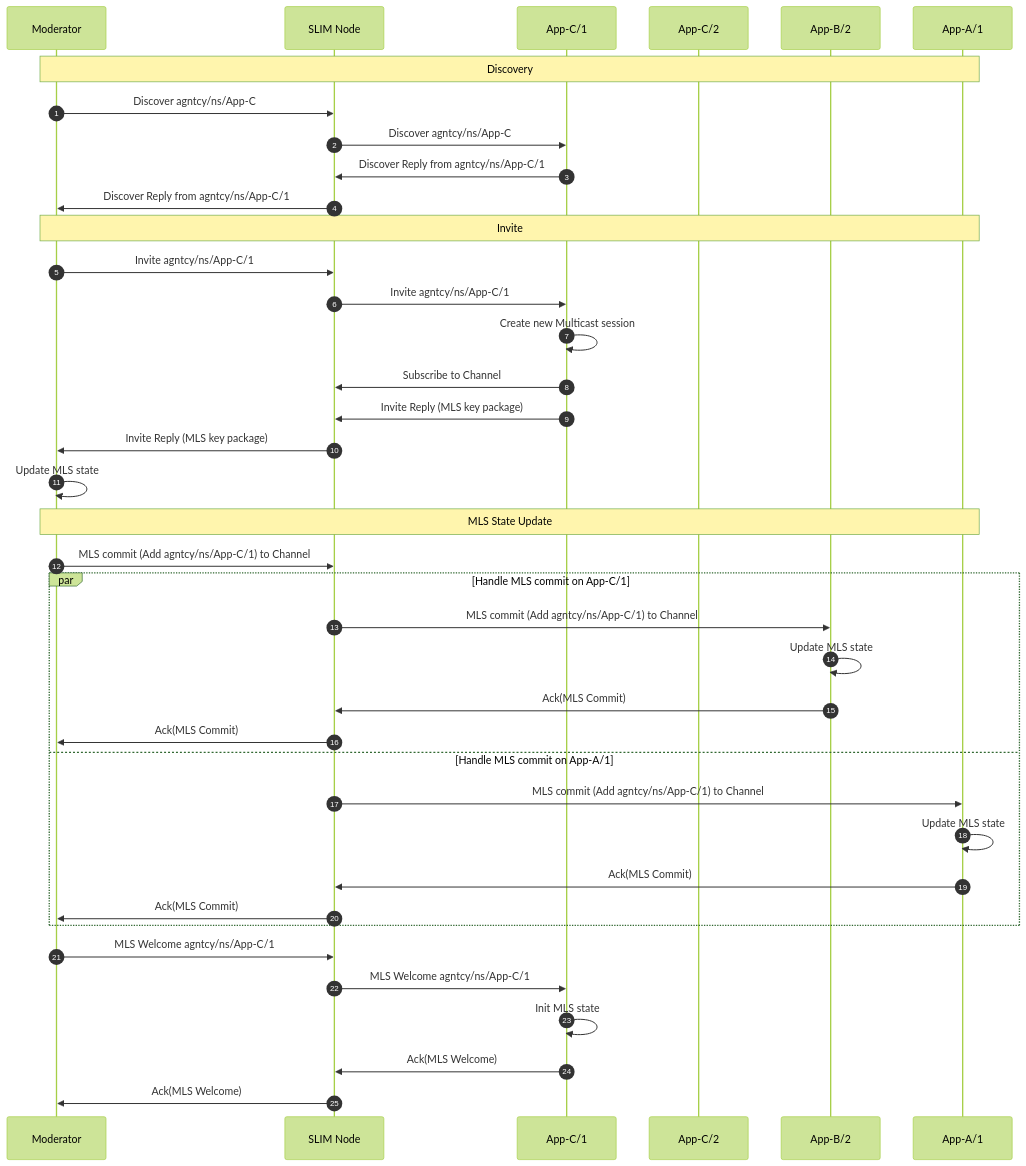
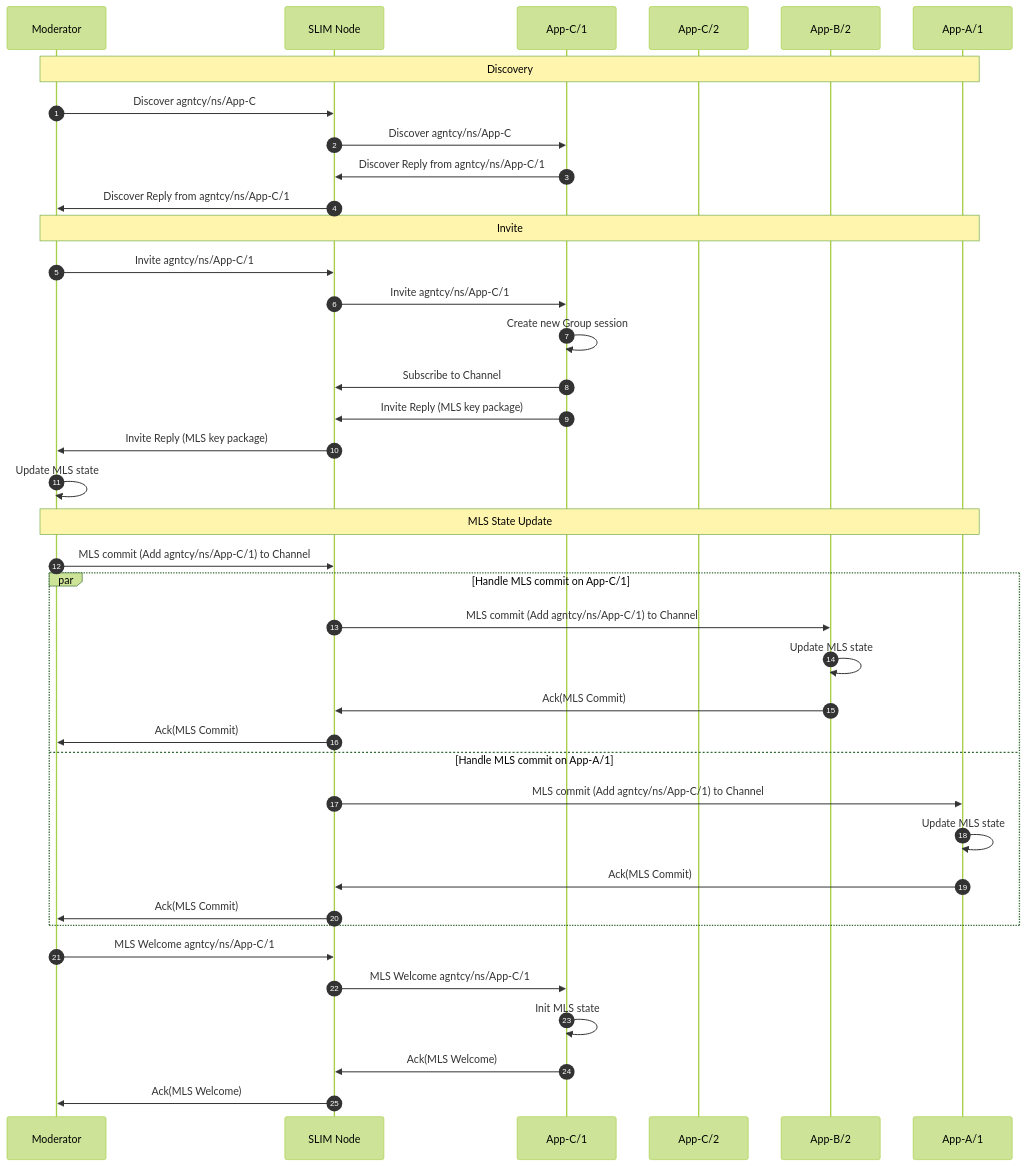
The second of 3 diagrams in data-plane/python/bindings/SESSION.md (agntcy/slim), drawn with Mermaid (forest theme) before and after one commit. The commit also changed other lines of this file and 25 other files, not shown here.

Commit message:
refactor(python/bindings): remove anycast session and rename unicast and multicast

````diff
--- a/data-plane/python/bindings/SESSION.md
+++ b/data-plane/python/bindings/SESSION.md
@@ -342,45 +235,45 @@
 ```mermaid
 sequenceDiagram
     autonumber
 
     participant Moderator
     participant SLIM Node
     participant App-C/1
     participant App-C/2
     participant App-B/2
     participant App-A/1
 
     Note over Moderator,App-A/1: Discovery
     Moderator->>SLIM Node: Discover agntcy/ns/App-C
     SLIM Node->>App-C/1: Discover agntcy/ns/App-C
     App-C/1->>SLIM Node: Discover Reply from agntcy/ns/App-C/1
     SLIM Node->>Moderator: Discover Reply from agntcy/ns/App-C/1
 
     Note over Moderator,App-A/1: Invite
-    Moderator->>SLIM Node: Invite agntcy/ns/App-C/1 
+    Moderator->>SLIM Node: Invite agntcy/ns/App-C/1
     SLIM Node->>App-C/1: Invite agntcy/ns/App-C/1
-    App-C/1->>App-C/1: Create new Multicast session
+    App-C/1->>App-C/1: Create new Group session
     App-C/1->>SLIM Node: Subscribe to Channel
     App-C/1->>SLIM Node: Invite Reply (MLS key package)
     SLIM Node->>Moderator: Invite Reply (MLS key package)
     Moderator->>Moderator: Update MLS state
 
     Note over Moderator,App-A/1: MLS State Update
     Moderator->>SLIM Node: MLS commit (Add agntcy/ns/App-C/1) to Channel
     par Handle MLS commit on App-C/1
         SLIM Node->>App-B/2: MLS commit (Add agntcy/ns/App-C/1) to Channel
         App-B/2->>App-B/2: Update MLS state
         App-B/2->>SLIM Node: Ack(MLS Commit)
         SLIM Node->>Moderator: Ack(MLS Commit)
     and Handle MLS commit on App-A/1
         SLIM Node->>App-A/1: MLS commit (Add agntcy/ns/App-C/1) to Channel
         App-A/1->>App-A/1: Update MLS state
         App-A/1->>SLIM Node: Ack(MLS Commit)
         SLIM Node->>Moderator: Ack(MLS Commit)
     end
     Moderator->>SLIM Node: MLS Welcome agntcy/ns/App-C/1
     SLIM Node->>App-C/1: MLS Welcome agntcy/ns/App-C/1
     App-C/1->>App-C/1: Init MLS state
     App-C/1->>SLIM Node: Ack(MLS Welcome)
     SLIM Node->>Moderator: Ack(MLS Welcome)
 ```
````
